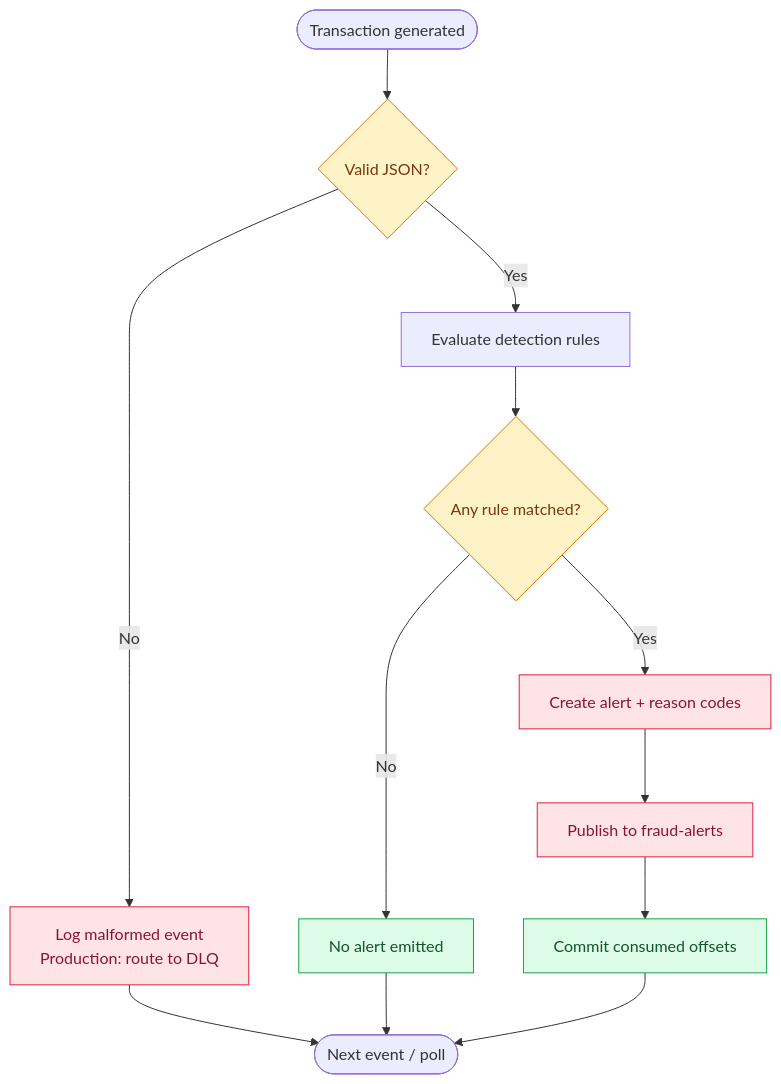
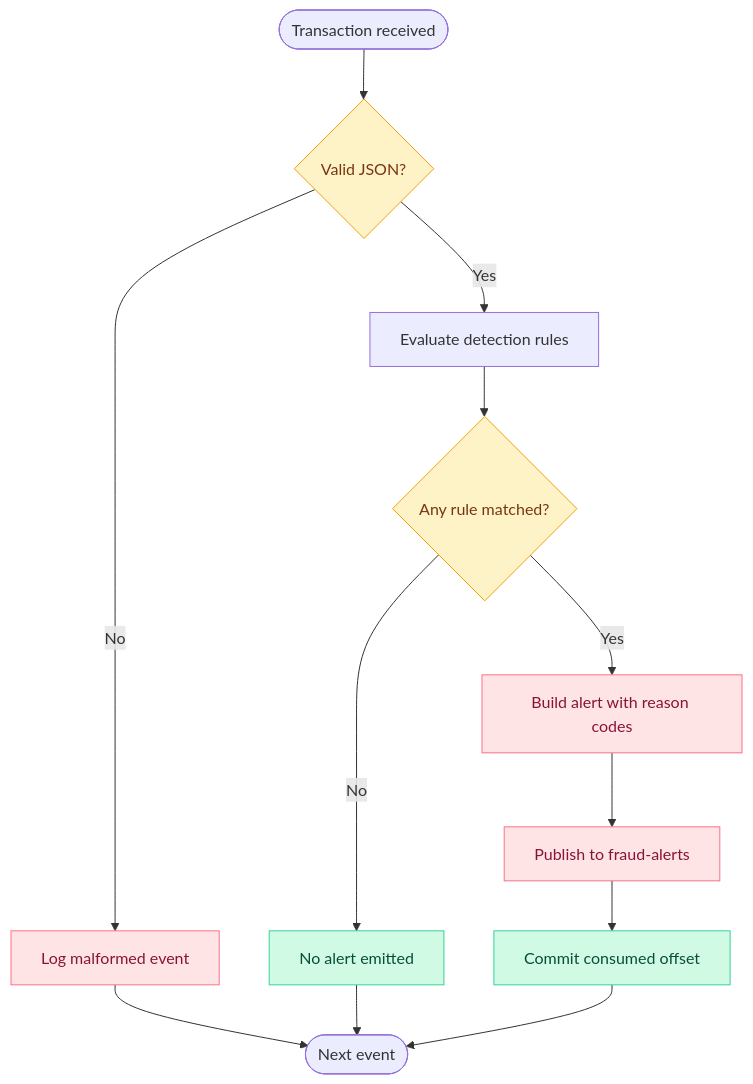
One commit to akankshad1712/real-time-fraud-detection-system changed the second of 2 diagrams in README.md. Above: the diagram before and after it, drawn with Mermaid. The commit also changed other lines of this file, not shown here.

````diff
--- a/README.md
+++ b/README.md
@@ -76,21 +167,27 @@
 ```mermaid
 flowchart TD
-    S([Transaction generated]) --> V{Valid JSON?}
-    V -->|No| X["Log malformed event<br/>Production: route to DLQ"]
-    V -->|Yes| E["Evaluate detection rules"]
-    E --> D{Any rule matched?}
-    D -->|No| OK["No alert emitted"]
-    D -->|Yes| AL["Create alert + reason codes"]
-    AL --> PUB["Publish to fraud-alerts"]
-    PUB --> COM["Commit consumed offsets"]
-    X --> NEXT([Next event / poll])
-    OK --> NEXT
-    COM --> NEXT
+    START(["Transaction received"]) --> VALID{"Valid JSON?"}
 
-    classDef decision fill:#FEF3C7,stroke:#D97706,color:#78350F
-    classDef good fill:#DCFCE7,stroke:#16A34A,color:#14532D
-    classDef warning fill:#FFE4E6,stroke:#E11D48,color:#881337
-    class V,D decision
-    class OK,COM good
-    class X,AL,PUB warning
+    VALID -->|No| INVALID["Log malformed event"]
+    VALID -->|Yes| RULES["Evaluate detection rules"]
+
+    RULES --> MATCH{"Any rule matched?"}
+
+    MATCH -->|No| NORMAL["No alert emitted"]
+    MATCH -->|Yes| ALERT["Build alert with reason codes"]
+
+    ALERT --> PUBLISH["Publish to fraud-alerts"]
+    PUBLISH --> COMMIT["Commit consumed offset"]
+
+    INVALID --> NEXT(["Next event"])
+    NORMAL --> NEXT
+    COMMIT --> NEXT
+
+    classDef decision fill:#FEF3C7,stroke:#F59E0B,color:#78350F
+    classDef good fill:#D1FAE5,stroke:#34D399,color:#064E3B
+    classDef warning fill:#FFE4E6,stroke:#FB7185,color:#881337
+
+    class VALID,MATCH decision
+    class NORMAL,COMMIT good
+    class INVALID,ALERT,PUBLISH warning
 ```
````
